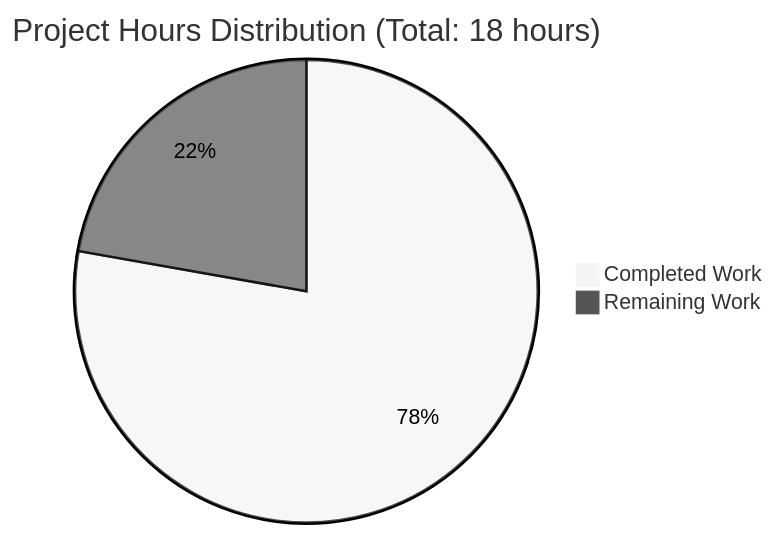
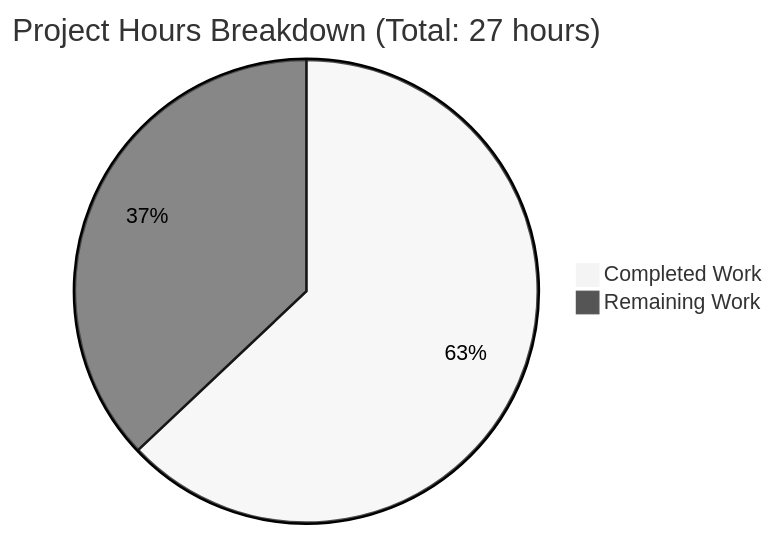
Before and after one commit to blitzytest02/Nov18_12: the diagram in blitzy/documentation/Project Guide.md, drawn with Mermaid (neutral theme). The commit also changed other lines of this file, not shown here.

Commit message:
Adding Blitzy Project Guide: Project Status and Human Tasks Remaining

````diff
--- a/blitzy/documentation/Project Guide.md
+++ b/blitzy/documentation/Project Guide.md
@@ -300,5 +71,5 @@
 ```mermaid
-pie title Project Hours Distribution (Total: 18 hours)
-    "Completed Work" : 14
-    "Remaining Work" : 4
+pie title Project Hours Breakdown (Total: 27 hours)
+    "Completed Work" : 17
+    "Remaining Work" : 10
 ```
````
